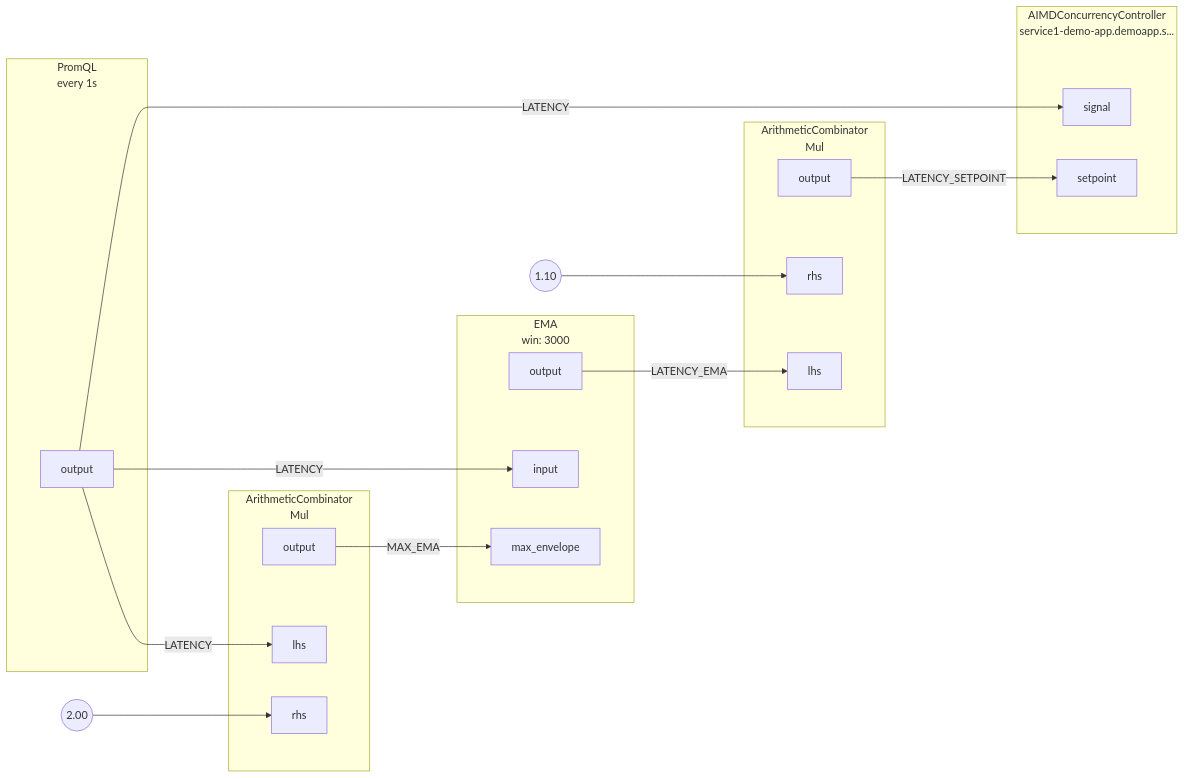
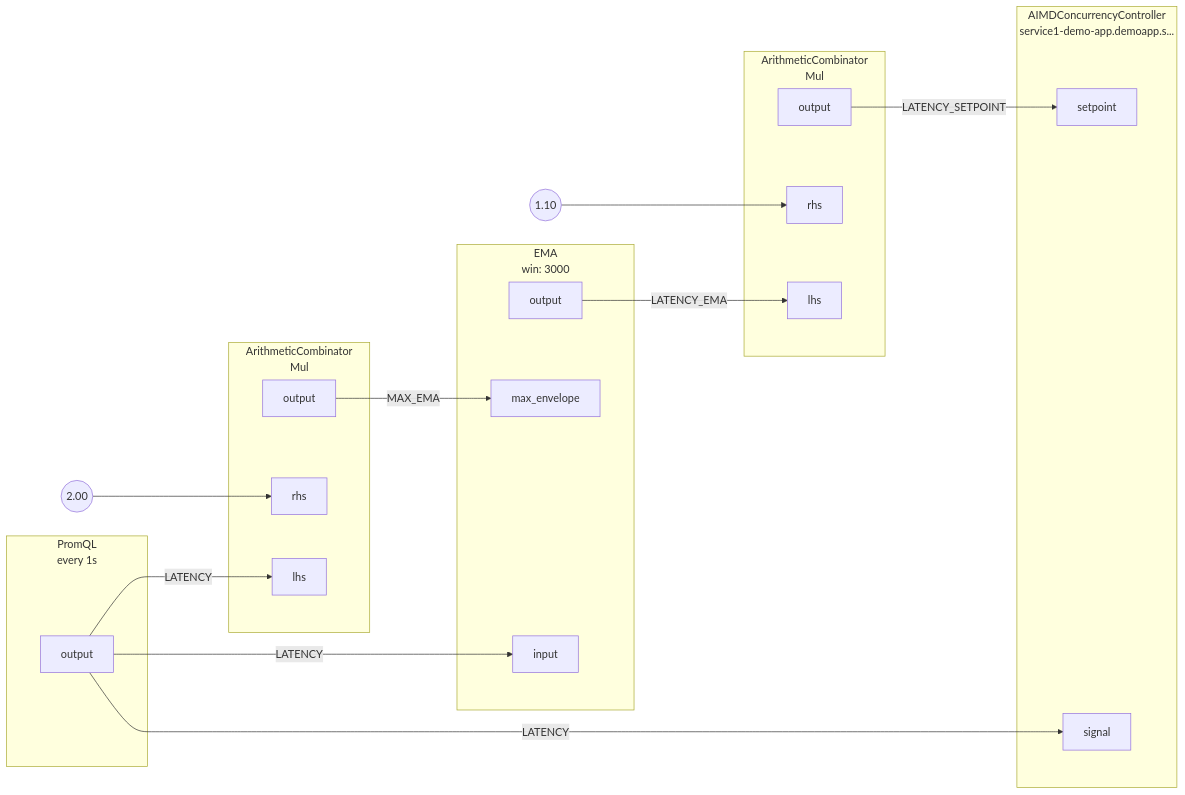
One commit to dataongunlaws/aperture changed the diagram in docs/content/tutorials/integrations/flow-control/concurrency-limiting/assets/basic-concurrency-limiting/basic-concurrency-limiting.mmd. Above: the diagram before and after it, drawn with Mermaid. The commit also changed other lines of this file and 33 other files, not shown here.

```diff
--- a/docs/content/tutorials/integrations/flow-control/concurrency-limiting/assets/basic-concurrency-limiting/basic-concurrency-limiting.mmd
+++ b/docs/content/tutorials/integrations/flow-control/concurrency-limiting/assets/basic-concurrency-limiting/basic-concurrency-limiting.mmd
@@ -1,60 +1,60 @@
 flowchart LR
 subgraph root.0[<center>PromQL<br/>every 1s</center>]
 subgraph root.0_outports[ ]
 style root.0_outports fill:none,stroke:none
 root.0output[output]
 end
 end
 FakeConstant0((2.00))
 FakeConstant0 --> root.1rhs
 subgraph root.1[<center>ArithmeticCombinator<br/>Mul</center>]
 subgraph root.1_inports[ ]
 style root.1_inports fill:none,stroke:none
 root.1lhs[lhs]
 root.1rhs[rhs]
 end
 subgraph root.1_outports[ ]
 style root.1_outports fill:none,stroke:none
 root.1output[output]
 end
 end
 FakeConstant1((1.10))
 FakeConstant1 --> root.2rhs
 subgraph root.2[<center>ArithmeticCombinator<br/>Mul</center>]
 subgraph root.2_inports[ ]
 style root.2_inports fill:none,stroke:none
 root.2lhs[lhs]
 root.2rhs[rhs]
 end
 subgraph root.2_outports[ ]
 style root.2_outports fill:none,stroke:none
 root.2output[output]
 end
 end
 subgraph root.3[<center>EMA<br/>win: 3000</center>]
 subgraph root.3_inports[ ]
 style root.3_inports fill:none,stroke:none
+root.3max_envelope[max_envelope]
 root.3input[input]
-root.3max_envelope[max_envelope]
 end
 subgraph root.3_outports[ ]
 style root.3_outports fill:none,stroke:none
 root.3output[output]
 end
 end
 subgraph root.4[<center>AIMDConcurrencyController<br/>service1-demo-app.demoapp.s...</center>]
 subgraph root.4_inports[ ]
 style root.4_inports fill:none,stroke:none
 root.4setpoint[setpoint]
 root.4signal[signal]
 end
 subgraph root.4_outports[ ]
 style root.4_outports fill:none,stroke:none
 end
 end
-root.2output --> |LATENCY_SETPOINT| root.4setpoint
-root.3output --> |LATENCY_EMA| root.2lhs
 root.0output --> |LATENCY| root.1lhs
 root.0output --> |LATENCY| root.3input
 root.0output --> |LATENCY| root.4signal
 root.1output --> |MAX_EMA| root.3max_envelope
+root.3output --> |LATENCY_EMA| root.2lhs
+root.2output --> |LATENCY_SETPOINT| root.4setpoint
```
